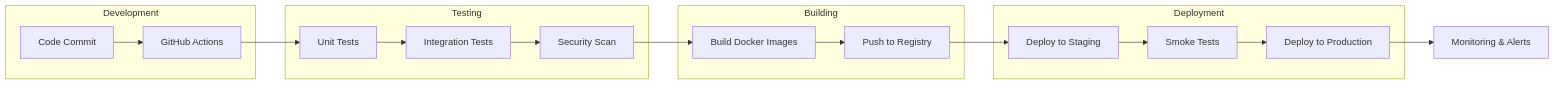
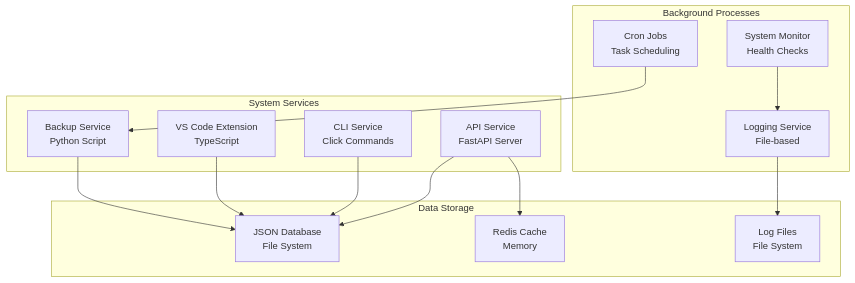
One commit to Shakour-Data/AutoProjectManagement changed diagram 12 of 18 in Docs/Software_Engineering/Software_Architecture_Document.md. Above: the diagram before and after it, drawn with Mermaid. The commit also changed other lines of this file, not shown here.

````diff
--- a/Docs/Software_Engineering/Software_Architecture_Document.md
+++ b/Docs/Software_Engineering/Software_Architecture_Document.md
@@ -574,25 +582,32 @@
 ```mermaid
-flowchart LR
-    subgraph "Development"
-        A[Code Commit] --> B[GitHub Actions]
+graph TB
+    subgraph "System Services"
+        APIService[API Service<br/>FastAPI Server]
+        CLIService[CLI Service<br/>Click Commands]
+        ExtensionService[VS Code Extension<br/>TypeScript]
+        BackupService[Backup Service<br/>Python Script]
     end
     
-    subgraph "Testing"
-        B --> C[Unit Tests]
-        C --> D[Integration Tests]
-        D --> E[Security Scan]
+    subgraph "Background Processes"
+        Scheduler[Cron Jobs<br/>Task Scheduling]
+        Monitor[System Monitor<br/>Health Checks]
+        Logger[Logging Service<br/>File-based]
     end
     
-    subgraph "Building"
-        E --> F[Build Docker Images]
-        F --> G[Push to Registry]
+    subgraph "Data Storage"
+        JSONStore[JSON Database<br/>File System]
+        CacheStore[Redis Cache<br/>Memory]
+        LogStore[Log Files<br/>File System]
     end
     
-    subgraph "Deployment"
-        G --> H[Deploy to Staging]
-        H --> I[Smoke Tests]
-        I --> J[Deploy to Production]
-    end
+    APIService --> JSONStore
+    CLIService --> JSONStore
+    ExtensionService --> JSONStore
     
-    J --> K[Monitoring & Alerts]
+    APIService --> CacheStore
+    BackupService --> JSONStore
+    
+    Scheduler --> BackupService
+    Monitor --> Logger
+    Logger --> LogStore
 ```
````
